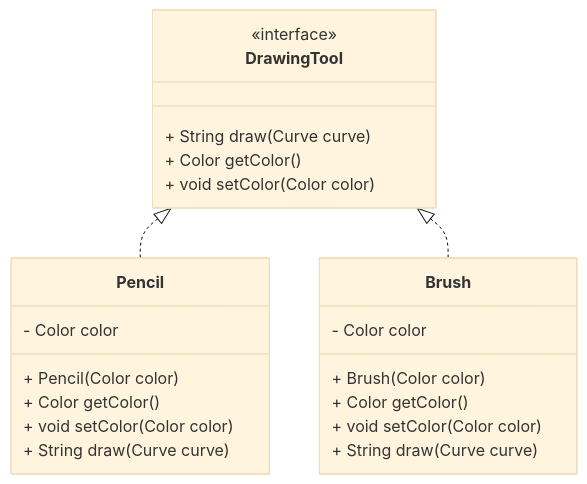
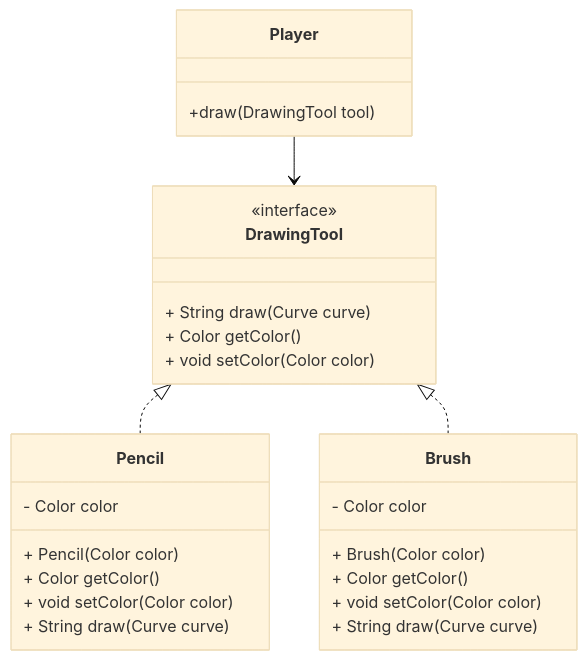
One commit to nbicocchi/learn-java-core changed the fourth of 10 diagrams in slides/E3.3 - Java Classes (Interfaces, abstract classes).md. Above: the diagram before and after it, drawn with Mermaid (base theme). The commit also changed other lines of this file and 8 other files, not shown here.

````diff
--- a/slides/E3.3 - Java Classes (Interfaces, abstract classes).md
+++ b/slides/E3.3 - Java Classes (Interfaces, abstract classes).md
@@ -131,28 +129,33 @@
 ```mermaid
 classDiagram
    class DrawingTool {
       <<interface>>
       + String draw(Curve curve)
       + Color getColor()
       + void setColor(Color color)
    }
 
    class Pencil {
       - Color color
       + Pencil(Color color)
       + Color getColor()
       + void setColor(Color color)
       + String draw(Curve curve)
    }
 
    class Brush {
       - Color color
       + Brush(Color color)
       + Color getColor()
       + void setColor(Color color)
       + String draw(Curve curve)
    }
 
+   class Player {
+      +draw(DrawingTool tool)
+   }
+
+   Player --> DrawingTool
    DrawingTool <|.. Pencil
    DrawingTool <|.. Brush
 ```
````
